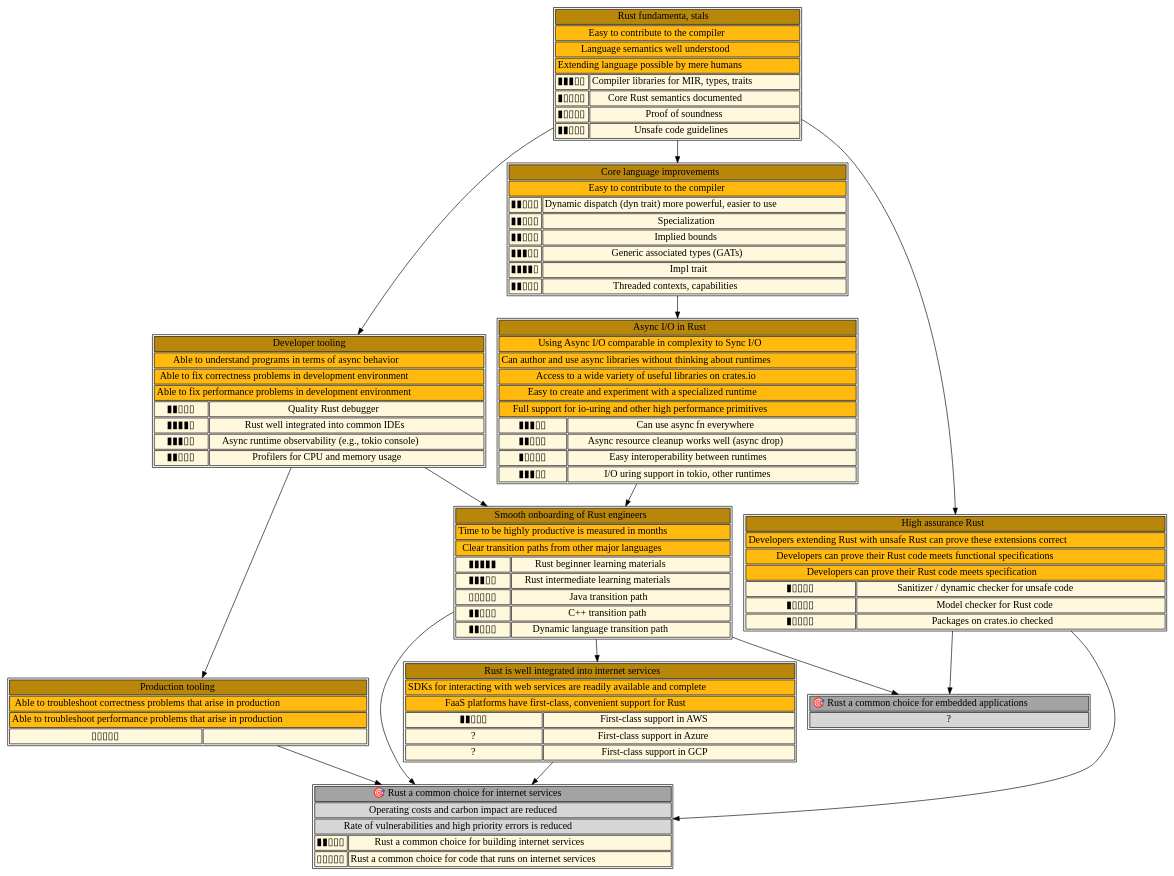
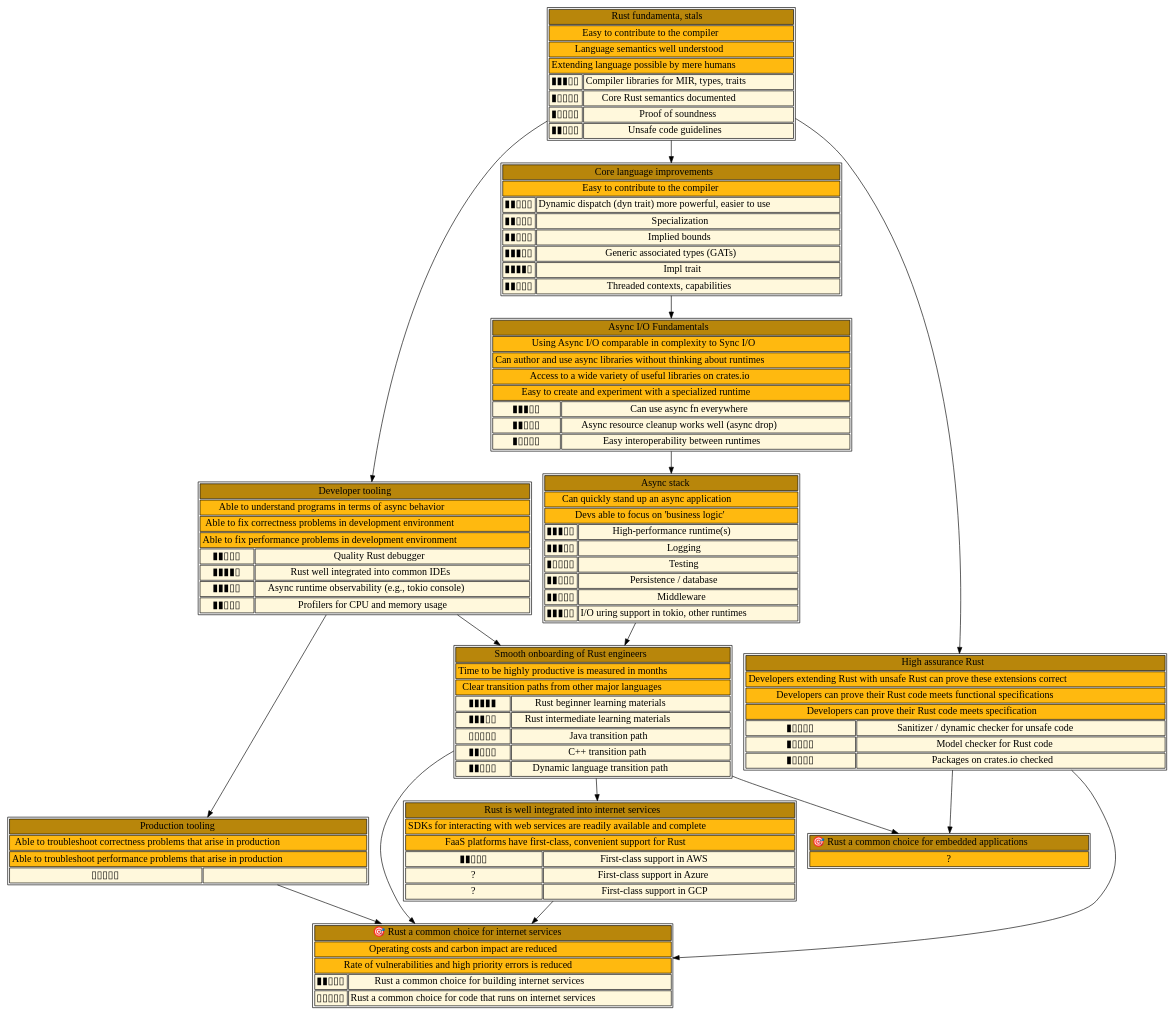
The diagram in rvd.dot (nikomatsakis/rust-skill-tree), drawn with Graphviz before and after one commit. The commit also changed 3 other files, not shown here.

```diff
--- a/rvd.dot
+++ b/rvd.dot
@@ -1,145 +1,159 @@
 digraph g {
 graph [ rankdir = "TD" ];
 node [ fontsize="16", shape = "ellipse" ];
 edge [ ];
 "fundamentals" [
   label = <<table>
     <tr><td bgcolor="darkgoldenrod" colspan="2">Rust fundamenta, stals</td></tr>
     <tr><td bgcolor="darkgoldenrod1" colspan="2">Easy to contribute to the compiler</td></tr>
     <tr><td bgcolor="darkgoldenrod1" colspan="2">Language semantics well understood</td></tr>
     <tr><td bgcolor="darkgoldenrod1" colspan="2">Extending language possible by mere humans</td></tr>
     <tr><td bgcolor="cornsilk">▮▮▮▯▯</td><td bgcolor="cornsilk">Compiler libraries for MIR, types, traits</td></tr>
     <tr><td bgcolor="cornsilk">▮▯▯▯▯</td><td bgcolor="cornsilk">Core Rust semantics documented</td></tr>
     <tr><td bgcolor="cornsilk">▮▯▯▯▯</td><td bgcolor="cornsilk">Proof of soundness</td></tr>
     <tr><td bgcolor="cornsilk">▮▮▯▯▯</td><td bgcolor="cornsilk">Unsafe code guidelines</td></tr>
   </table>>
   shape = "none"
   margin = 0
 ]
 "core-lang" [
   label = <<table>
     <tr><td bgcolor="darkgoldenrod" colspan="2">Core language improvements</td></tr>
     <tr><td bgcolor="darkgoldenrod1" colspan="2">Easy to contribute to the compiler</td></tr>
     <tr><td bgcolor="cornsilk">▮▮▯▯▯</td><td bgcolor="cornsilk">Dynamic dispatch (dyn trait) more powerful, easier to use</td></tr>
     <tr><td bgcolor="cornsilk">▮▮▯▯▯</td><td bgcolor="cornsilk">Specialization</td></tr>
     <tr><td bgcolor="cornsilk">▮▮▯▯▯</td><td bgcolor="cornsilk">Implied bounds</td></tr>
     <tr><td bgcolor="cornsilk">▮▮▮▯▯</td><td bgcolor="cornsilk">Generic associated types (GATs)</td></tr>
     <tr><td bgcolor="cornsilk">▮▮▮▮▯</td><td bgcolor="cornsilk">Impl trait</td></tr>
     <tr><td bgcolor="cornsilk">▮▮▯▯▯</td><td bgcolor="cornsilk">Threaded contexts, capabilities</td></tr>
   </table>>
   shape = "none"
   margin = 0
 ]
 "async-lang" [
   label = <<table>
-    <tr><td bgcolor="darkgoldenrod" colspan="2">Async I/O in Rust</td></tr>
+    <tr><td bgcolor="darkgoldenrod" colspan="2">Async I/O Fundamentals</td></tr>
     <tr><td bgcolor="darkgoldenrod1" colspan="2">Using Async I/O comparable in complexity to Sync I/O</td></tr>
     <tr><td bgcolor="darkgoldenrod1" colspan="2">Can author and use async libraries without thinking about runtimes</td></tr>
     <tr><td bgcolor="darkgoldenrod1" colspan="2">Access to a wide variety of useful libraries on crates.io</td></tr>
     <tr><td bgcolor="darkgoldenrod1" colspan="2">Easy to create and experiment with a specialized runtime</td></tr>
-    <tr><td bgcolor="darkgoldenrod1" colspan="2">Full support for io-uring and other high performance primitives</td></tr>
     <tr><td bgcolor="cornsilk">▮▮▮▯▯</td><td bgcolor="cornsilk">Can use async fn everywhere</td></tr>
     <tr><td bgcolor="cornsilk">▮▮▯▯▯</td><td bgcolor="cornsilk">Async resource cleanup works well (async drop)</td></tr>
     <tr><td bgcolor="cornsilk">▮▯▯▯▯</td><td bgcolor="cornsilk">Easy interoperability between runtimes</td></tr>
+  </table>>
+  shape = "none"
+  margin = 0
+]
+"async-stack" [
+  label = <<table>
+    <tr><td bgcolor="darkgoldenrod" colspan="2">Async stack</td></tr>
+    <tr><td bgcolor="darkgoldenrod1" colspan="2">Can quickly stand up an async application</td></tr>
+    <tr><td bgcolor="darkgoldenrod1" colspan="2">Devs able to focus on 'business logic'</td></tr>
+    <tr><td bgcolor="cornsilk">▮▮▮▯▯</td><td bgcolor="cornsilk">High-performance runtime(s)</td></tr>
+    <tr><td bgcolor="cornsilk">▮▮▮▯▯</td><td bgcolor="cornsilk">Logging</td></tr>
+    <tr><td bgcolor="cornsilk">▮▯▯▯▯</td><td bgcolor="cornsilk">Testing</td></tr>
+    <tr><td bgcolor="cornsilk">▮▮▯▯▯</td><td bgcolor="cornsilk">Persistence / database</td></tr>
+    <tr><td bgcolor="cornsilk">▮▮▯▯▯</td><td bgcolor="cornsilk">Middleware</td></tr>
     <tr><td bgcolor="cornsilk">▮▮▮▯▯</td><td bgcolor="cornsilk">I/O uring support in tokio, other runtimes</td></tr>
   </table>>
   shape = "none"
   margin = 0
 ]
 "onboarding-time" [
   label = <<table>
     <tr><td bgcolor="darkgoldenrod" colspan="2">Smooth onboarding of Rust engineers</td></tr>
     <tr><td bgcolor="darkgoldenrod1" colspan="2">Time to be highly productive is measured in months</td></tr>
     <tr><td bgcolor="darkgoldenrod1" colspan="2">Clear transition paths from other major languages</td></tr>
     <tr><td bgcolor="cornsilk">▮▮▮▮▮</td><td bgcolor="cornsilk">Rust beginner learning materials</td></tr>
     <tr><td bgcolor="cornsilk">▮▮▮▯▯</td><td bgcolor="cornsilk">Rust intermediate learning materials</td></tr>
     <tr><td bgcolor="cornsilk">▯▯▯▯▯</td><td bgcolor="cornsilk">Java transition path</td></tr>
     <tr><td bgcolor="cornsilk">▮▮▯▯▯</td><td bgcolor="cornsilk">C++ transition path</td></tr>
     <tr><td bgcolor="cornsilk">▮▮▯▯▯</td><td bgcolor="cornsilk">Dynamic language transition path</td></tr>
   </table>>
   shape = "none"
   margin = 0
 ]
 "dev-tooling" [
   label = <<table>
     <tr><td bgcolor="darkgoldenrod" colspan="2">Developer tooling</td></tr>
     <tr><td bgcolor="darkgoldenrod1" colspan="2">Able to understand programs in terms of async behavior</td></tr>
     <tr><td bgcolor="darkgoldenrod1" colspan="2">Able to fix correctness problems in development environment</td></tr>
     <tr><td bgcolor="darkgoldenrod1" colspan="2">Able to fix performance problems in development environment</td></tr>
     <tr><td bgcolor="cornsilk">▮▮▯▯▯</td><td bgcolor="cornsilk">Quality Rust debugger</td></tr>
     <tr><td bgcolor="cornsilk">▮▮▮▮▯</td><td bgcolor="cornsilk">Rust well integrated into common IDEs</td></tr>
     <tr><td bgcolor="cornsilk">▮▮▮▯▯</td><td bgcolor="cornsilk">Async runtime observability (e.g., tokio console)</td></tr>
     <tr><td bgcolor="cornsilk">▮▮▯▯▯</td><td bgcolor="cornsilk">Profilers for CPU and memory usage</td></tr>
   </table>>
   shape = "none"
   margin = 0
 ]
 "prod-tooling" [
   label = <<table>
     <tr><td bgcolor="darkgoldenrod" colspan="2">Production tooling</td></tr>
     <tr><td bgcolor="darkgoldenrod1" colspan="2">Able to troubleshoot correctness problems that arise in production</td></tr>
     <tr><td bgcolor="darkgoldenrod1" colspan="2">Able to troubleshoot performance problems that arise in production</td></tr>
     <tr><td bgcolor="cornsilk">▯▯▯▯▯</td><td bgcolor="cornsilk"></td></tr>
   </table>>
   shape = "none"
   margin = 0
 ]
 "high-assurance" [
   label = <<table>
     <tr><td bgcolor="darkgoldenrod" colspan="2">High assurance Rust</td></tr>
     <tr><td bgcolor="darkgoldenrod1" colspan="2">Developers extending Rust with unsafe Rust can prove these extensions correct</td></tr>
     <tr><td bgcolor="darkgoldenrod1" colspan="2">Developers can prove their Rust code meets functional specifications</td></tr>
     <tr><td bgcolor="darkgoldenrod1" colspan="2">Developers can prove their Rust code meets specification</td></tr>
     <tr><td bgcolor="cornsilk">▮▯▯▯▯</td><td bgcolor="cornsilk">Sanitizer / dynamic checker for unsafe code</td></tr>
     <tr><td bgcolor="cornsilk">▮▯▯▯▯</td><td bgcolor="cornsilk">Model checker for Rust code</td></tr>
     <tr><td bgcolor="cornsilk">▮▯▯▯▯</td><td bgcolor="cornsilk">Packages on crates.io checked</td></tr>
   </table>>
   shape = "none"
   margin = 0
 ]
 "well-integrated-into-internet-services" [
   label = <<table>
     <tr><td bgcolor="darkgoldenrod" colspan="2">Rust is well integrated into internet services</td></tr>
     <tr><td bgcolor="darkgoldenrod1" colspan="2">SDKs for interacting with web services are readily available and complete</td></tr>
     <tr><td bgcolor="darkgoldenrod1" colspan="2">FaaS platforms have first-class, convenient support for Rust</td></tr>
     <tr><td bgcolor="cornsilk">▮▮▯▯▯</td><td bgcolor="cornsilk">First-class support in AWS</td></tr>
     <tr><td bgcolor="cornsilk">?</td><td bgcolor="cornsilk">First-class support in Azure</td></tr>
     <tr><td bgcolor="cornsilk">?</td><td bgcolor="cornsilk">First-class support in GCP</td></tr>
   </table>>
   shape = "none"
   margin = 0
 ]
 "goal-internet-services" [
   label = <<table>
-    <tr><td bgcolor="gray64" colspan="2">🎯 Rust a common choice for internet services</td></tr>
-    <tr><td bgcolor="gray84" colspan="2">Operating costs and carbon impact are reduced</td></tr>
-    <tr><td bgcolor="gray84" colspan="2">Rate of vulnerabilities and high priority errors is reduced</td></tr>
+    <tr><td bgcolor="darkgoldenrod" colspan="2">🎯 Rust a common choice for internet services</td></tr>
+    <tr><td bgcolor="darkgoldenrod1" colspan="2">Operating costs and carbon impact are reduced</td></tr>
+    <tr><td bgcolor="darkgoldenrod1" colspan="2">Rate of vulnerabilities and high priority errors is reduced</td></tr>
     <tr><td bgcolor="cornsilk">▮▮▯▯▯</td><td bgcolor="cornsilk">Rust a common choice for building internet services</td></tr>
     <tr><td bgcolor="cornsilk">▯▯▯▯▯</td><td bgcolor="cornsilk">Rust a common choice for code that runs on internet services</td></tr>
   </table>>
   shape = "none"
   margin = 0
 ]
 "goal-embedded" [
   label = <<table>
-    <tr><td bgcolor="gray64" colspan="2">🎯 Rust a common choice for embedded applications</td></tr>
-    <tr><td bgcolor="gray84" colspan="2">?</td></tr>
+    <tr><td bgcolor="darkgoldenrod" colspan="2">🎯 Rust a common choice for embedded applications</td></tr>
+    <tr><td bgcolor="darkgoldenrod1" colspan="2">?</td></tr>
   </table>>
   shape = "none"
   margin = 0
 ]
 "fundamentals" -> "core-lang";
 "core-lang" -> "async-lang";
+"async-lang" -> "async-stack";
 "dev-tooling" -> "onboarding-time";
-"async-lang" -> "onboarding-time";
+"async-stack" -> "onboarding-time";
 "fundamentals" -> "dev-tooling";
 "dev-tooling" -> "prod-tooling";
 "fundamentals" -> "high-assurance";
 "onboarding-time" -> "well-integrated-into-internet-services";
 "onboarding-time" -> "goal-internet-services";
 "well-integrated-into-internet-services" -> "goal-internet-services";
 "prod-tooling" -> "goal-internet-services";
 "high-assurance" -> "goal-internet-services";
 "onboarding-time" -> "goal-embedded";
 "high-assurance" -> "goal-embedded";
 }
```
